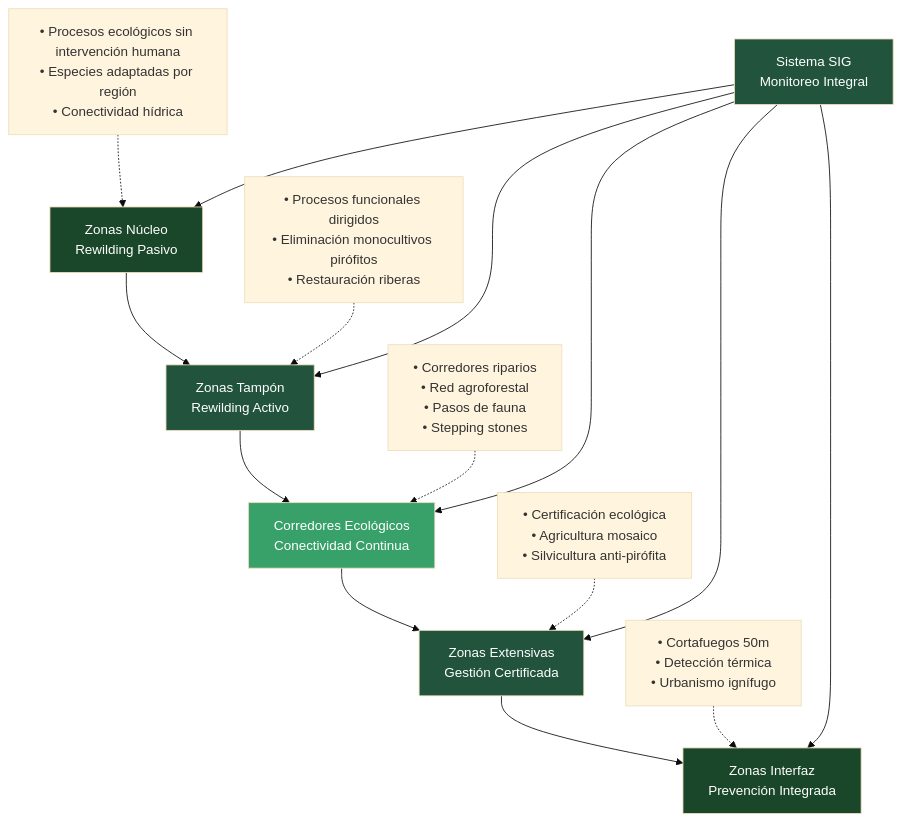
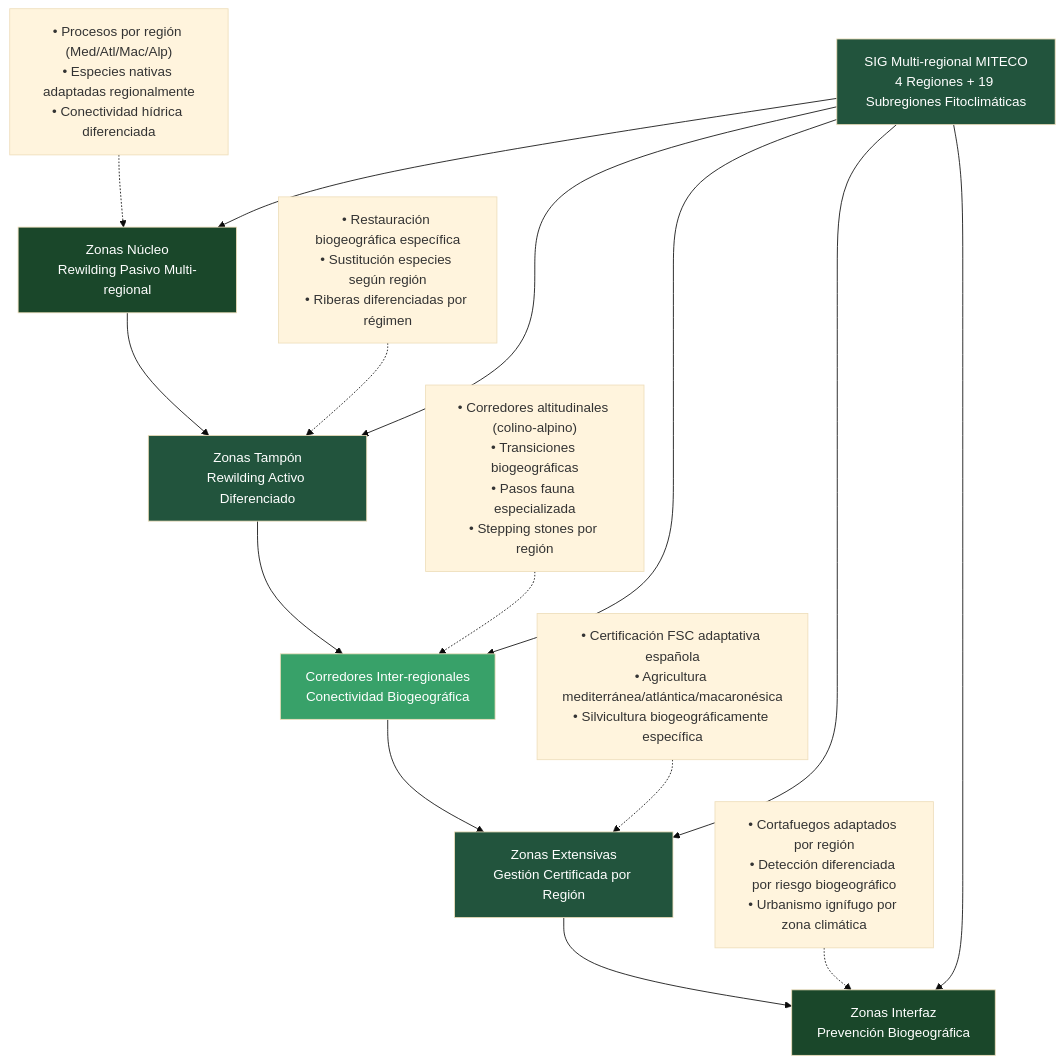
The fifth of 11 diagrams in politica/medioambiente/gestion-medioambiental.md (perpetuocambio/annotations), drawn with Mermaid (base theme) before and after one commit. The commit also changed other lines of this file, not shown here.

````diff
--- a/politica/medioambiente/gestion-medioambiental.md
+++ b/politica/medioambiente/gestion-medioambiental.md
@@ -234,26 +318,26 @@
 ```mermaid
 flowchart TD
-    A["Zonas Núcleo<br/>Rewilding Pasivo"] --> B["Zonas Tampón<br/>Rewilding Activo"]
-    B --> C["Corredores Ecológicos<br/>Conectividad Continua"]
-    C --> D["Zonas Extensivas<br/>Gestión Certificada"]
-    D --> E["Zonas Interfaz<br/>Prevención Integrada"]
+    A["Zonas Núcleo<br/>Rewilding Pasivo Multi-regional"] --> B["Zonas Tampón<br/>Rewilding Activo Diferenciado"]
+    B --> C["Corredores Inter-regionales<br/>Conectividad Biogeográfica"]
+    C --> D["Zonas Extensivas<br/>Gestión Certificada por Región"]
+    D --> E["Zonas Interfaz<br/>Prevención Biogeográfica"]
     
-    A1["• Procesos ecológicos sin intervención humana<br/>• Especies adaptadas por región<br/>• Conectividad hídrica"] -.-> A
-    B1["• Procesos funcionales dirigidos<br/>• Eliminación monocultivos pirófitos<br/>• Restauración riberas"] -.-> B
-    C1["• Corredores riparios<br/>• Red agroforestal<br/>• Pasos de fauna<br/>• Stepping stones"] -.-> C
-    D1["• Certificación ecológica<br/>• Agricultura mosaico<br/>• Silvicultura anti-pirófita"] -.-> D
-    E1["• Cortafuegos 50m<br/>• Detección térmica<br/>• Urbanismo ignífugo"] -.-> E
+    A1["• Procesos por región (Med/Atl/Mac/Alp)<br/>• Especies nativas adaptadas regionalmente<br/>• Conectividad hídrica diferenciada"] -.-> A
+    B1["• Restauración biogeográfica específica<br/>• Sustitución especies según región<br/>• Riberas diferenciadas por régimen"] -.-> B
+    C1["• Corredores altitudinales (colino-alpino)<br/>• Transiciones biogeográficas<br/>• Pasos fauna especializada<br/>• Stepping stones por región"] -.-> C
+    D1["• Certificación FSC adaptativa española<br/>• Agricultura mediterránea/atlántica/macaronésica<br/>• Silvicultura biogeográficamente específica"] -.-> D
+    E1["• Cortafuegos adaptados por región<br/>• Detección diferenciada por riesgo biogeográfico<br/>• Urbanismo ignífugo por zona climática"] -.-> E
     
-    F["Sistema SIG<br/>Monitoreo Integral"] --> A
+    F["SIG Multi-regional MITECO<br/>4 Regiones + 19 Subregiones Fitoclimáticas"] --> A
     F --> B
     F --> C
     F --> D
     F --> E
     
     style A fill:#1a472a,color:#fff
     style B fill:#22543d,color:#fff
     style C fill:#38a169,color:#fff
     style D fill:#22543d,color:#fff
     style E fill:#1a472a,color:#fff
     style F fill:#22543d,color:#fff
 ```
````
